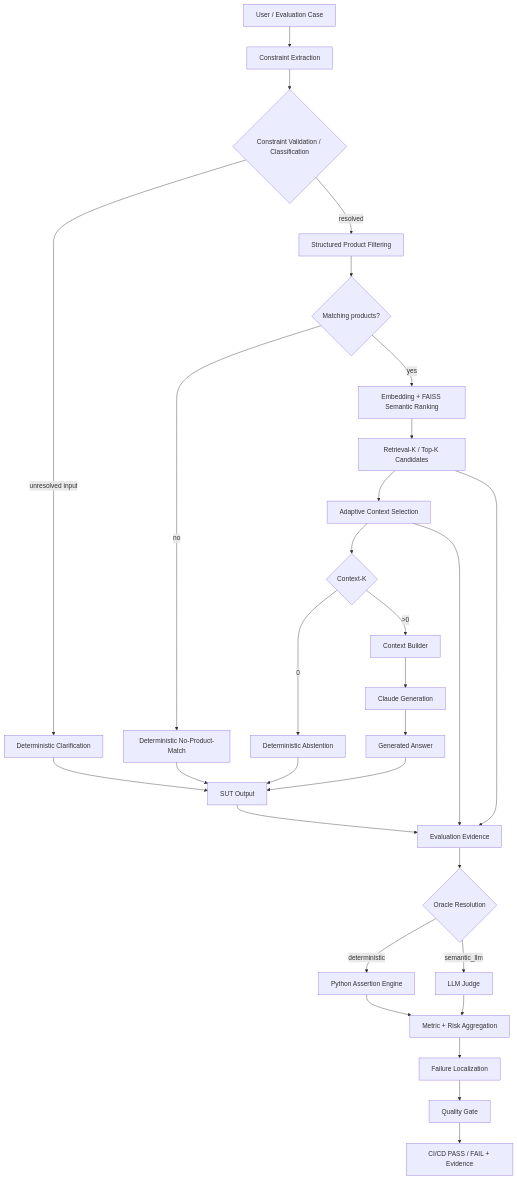
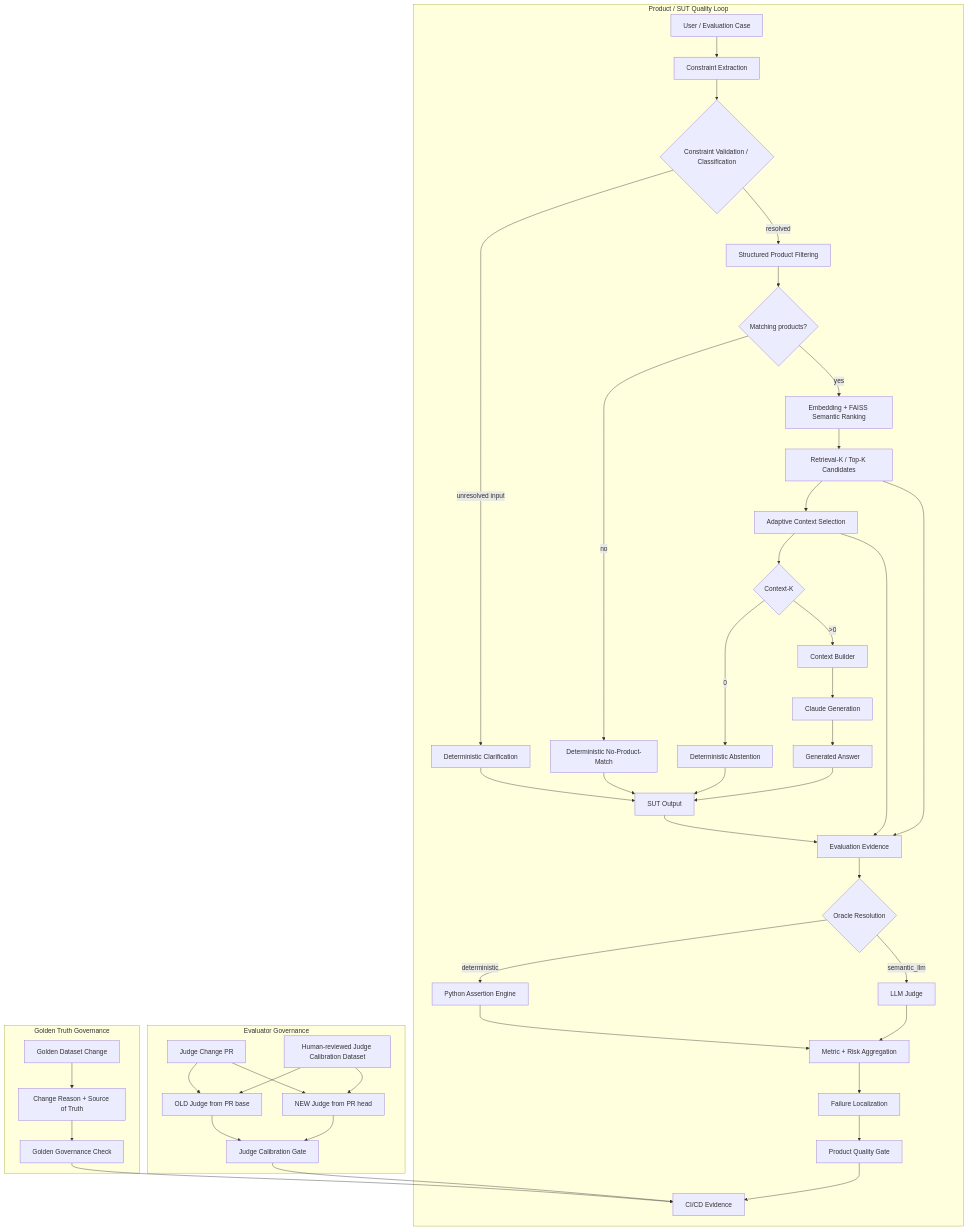
One commit to oleksandrserhieiev-beep/ai-qe-lab changed the first of 7 diagrams in docs/architecture.md. Above: the diagram before and after it, drawn with Mermaid. The commit also changed other lines of this file, not shown here.

Commit message:
docs: add evaluator and Golden governance architecture

````diff
--- a/docs/architecture.md
+++ b/docs/architecture.md
@@ -20,37 +42,50 @@
 ```mermaid
 flowchart TD
-    U[User / Evaluation Case] --> CE[Constraint Extraction]
-    CE --> CV{Constraint Validation / Classification}
+    subgraph PRODUCT["Product / SUT Quality Loop"]
+        U[User / Evaluation Case] --> CE[Constraint Extraction]
+        CE --> CV{Constraint Validation / Classification}
+        CV -->|unresolved input| CL[Deterministic Clarification]
+        CV -->|resolved| SF[Structured Product Filtering]
+        SF --> HM{Matching products?}
+        HM -->|no| NM[Deterministic No-Product-Match]
+        HM -->|yes| SR[Embedding + FAISS Semantic Ranking]
+        SR --> RK[Retrieval-K / Top-K Candidates]
+        RK --> AS[Adaptive Context Selection]
+        AS --> CK{Context-K}
+        CK -->|0| AB[Deterministic Abstention]
+        CK -->|>0| CB[Context Builder]
+        CB --> LLM[Claude Generation]
+        LLM --> ANS[Generated Answer]
+        CL --> OUT[SUT Output]
+        NM --> OUT
+        AB --> OUT
+        ANS --> OUT
+        OUT --> EV[Evaluation Evidence]
+        RK --> EV
+        AS --> EV
+        EV --> OR{Oracle Resolution}
+        OR -->|deterministic| PY[Python Assertion Engine]
+        OR -->|semantic_llm| J[LLM Judge]
+        PY --> AG[Metric + Risk Aggregation]
+        J --> AG
+        AG --> LOC[Failure Localization]
+        LOC --> G[Product Quality Gate]
+        G --> CI[CI/CD Evidence]
+    end
 
-    CV -->|unresolved input| CL[Deterministic Clarification]
-    CV -->|resolved| SF[Structured Product Filtering]
+    subgraph JGOV["Evaluator Governance"]
+        JC[Judge Change PR] --> OLD[OLD Judge from PR base]
+        JC --> NEW[NEW Judge from PR head]
+        CAL[Human-reviewed Judge Calibration Dataset] --> OLD
+        CAL --> NEW
+        OLD --> JCG[Judge Calibration Gate]
+        NEW --> JCG
+        JCG --> CI
+    end
 
-    SF --> HM{Matching products?}
-    HM -->|no| NM[Deterministic No-Product-Match]
-    HM -->|yes| SR[Embedding + FAISS Semantic Ranking]
-    SR --> RK[Retrieval-K / Top-K Candidates]
-    RK --> AS[Adaptive Context Selection]
-    AS --> CK{Context-K}
-
-    CK -->|0| AB[Deterministic Abstention]
-    CK -->|>0| CB[Context Builder]
-    CB --> LLM[Claude Generation]
-    LLM --> ANS[Generated Answer]
-
-    CL --> OUT[SUT Output]
-    NM --> OUT
-    AB --> OUT
-    ANS --> OUT
-
-    OUT --> EV[Evaluation Evidence]
-    RK --> EV
-    AS --> EV
-    EV --> OR{Oracle Resolution}
-    OR -->|deterministic| PY[Python Assertion Engine]
-    OR -->|semantic_llm| J[LLM Judge]
-    PY --> AG[Metric + Risk Aggregation]
-    J --> AG
-    AG --> LOC[Failure Localization]
-    LOC --> G[Quality Gate]
-    G --> CI[CI/CD PASS / FAIL + Evidence]
+    subgraph GGOV["Golden Truth Governance"]
+        GD[Golden Dataset Change] --> META[Change Reason + Source of Truth]
+        META --> GGC[Golden Governance Check]
+        GGC --> CI
+    end
 ```
````
